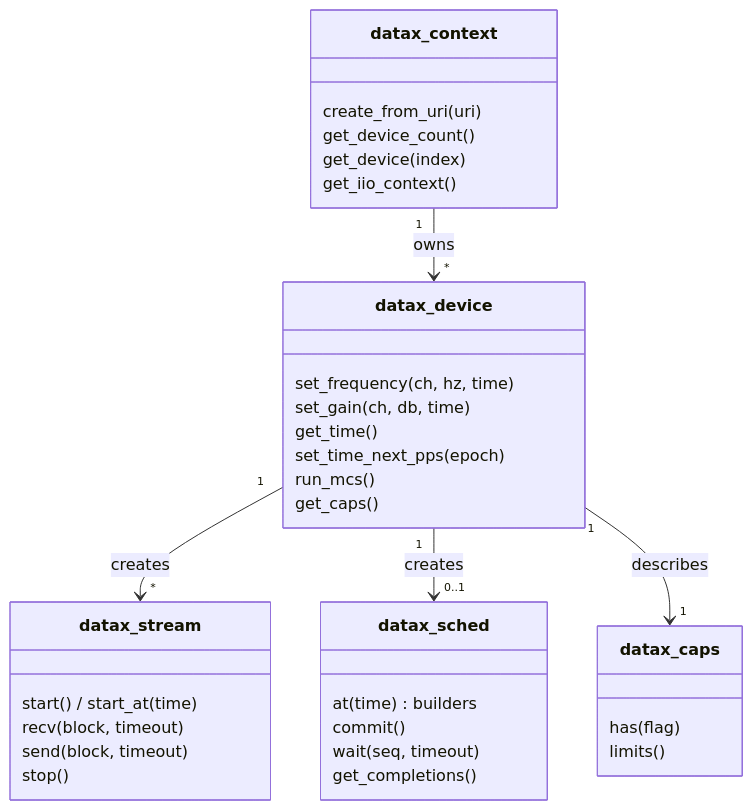
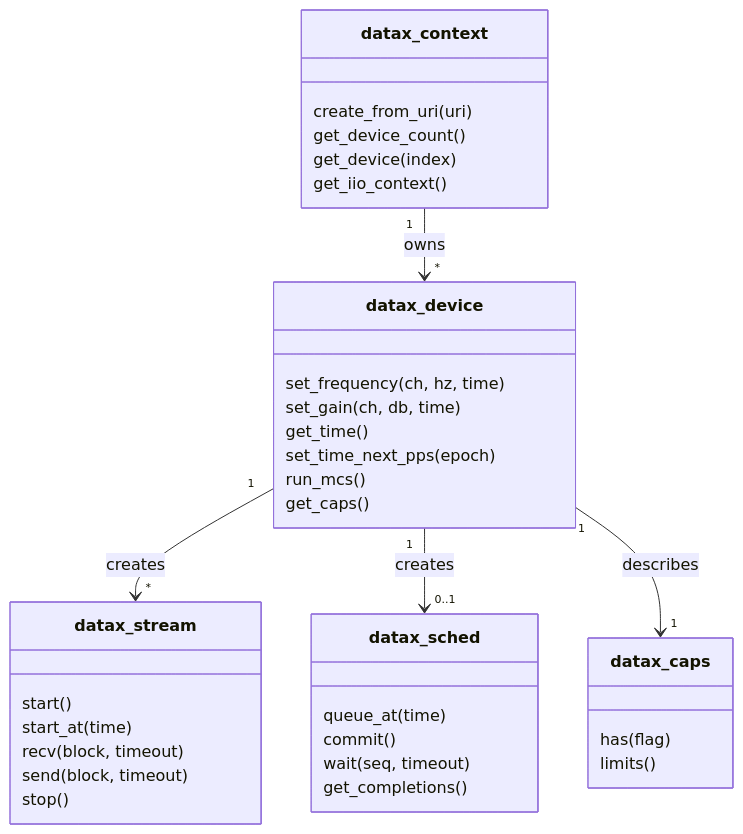
The diagram in docs/api-object-model.md (tfcollins/datax_sdk_sdr), drawn with Mermaid before and after one commit. The commit also changed 1 other file, not shown here.

Commit message:
Polish: transparent mermaid backgrounds in dark mode, classDiagram cleanup
adi_doctools white-cards all non-flowchart SVGs in dark mode; mermaid
sequence/class/gantt diagrams already render dark-themed, so keep them
transparent via theme-image-swap.css.

Claude-Session: https://claude.ai/code/session_01Ny4m3JjqKNXTqDXkX4frnY

````diff
--- a/docs/api-object-model.md
+++ b/docs/api-object-model.md
@@ -28,37 +28,38 @@
 ```{mermaid}
 classDiagram
     class datax_context {
         create_from_uri(uri)
         get_device_count()
         get_device(index)
         get_iio_context()
     }
     class datax_device {
         set_frequency(ch, hz, time)
         set_gain(ch, db, time)
         get_time()
         set_time_next_pps(epoch)
         run_mcs()
         get_caps()
     }
     class datax_stream {
-        start() / start_at(time)
+        start()
+        start_at(time)
         recv(block, timeout)
         send(block, timeout)
         stop()
     }
     class datax_sched {
-        at(time) builders
+        queue_at(time)
         commit()
         wait(seq, timeout)
         get_completions()
     }
     class datax_caps {
         has(flag)
         limits()
     }
     datax_context "1" --> "*" datax_device : owns
     datax_device "1" --> "*" datax_stream : creates
     datax_device "1" --> "0..1" datax_sched : creates
     datax_device "1" --> "1" datax_caps : describes
 ```
````
